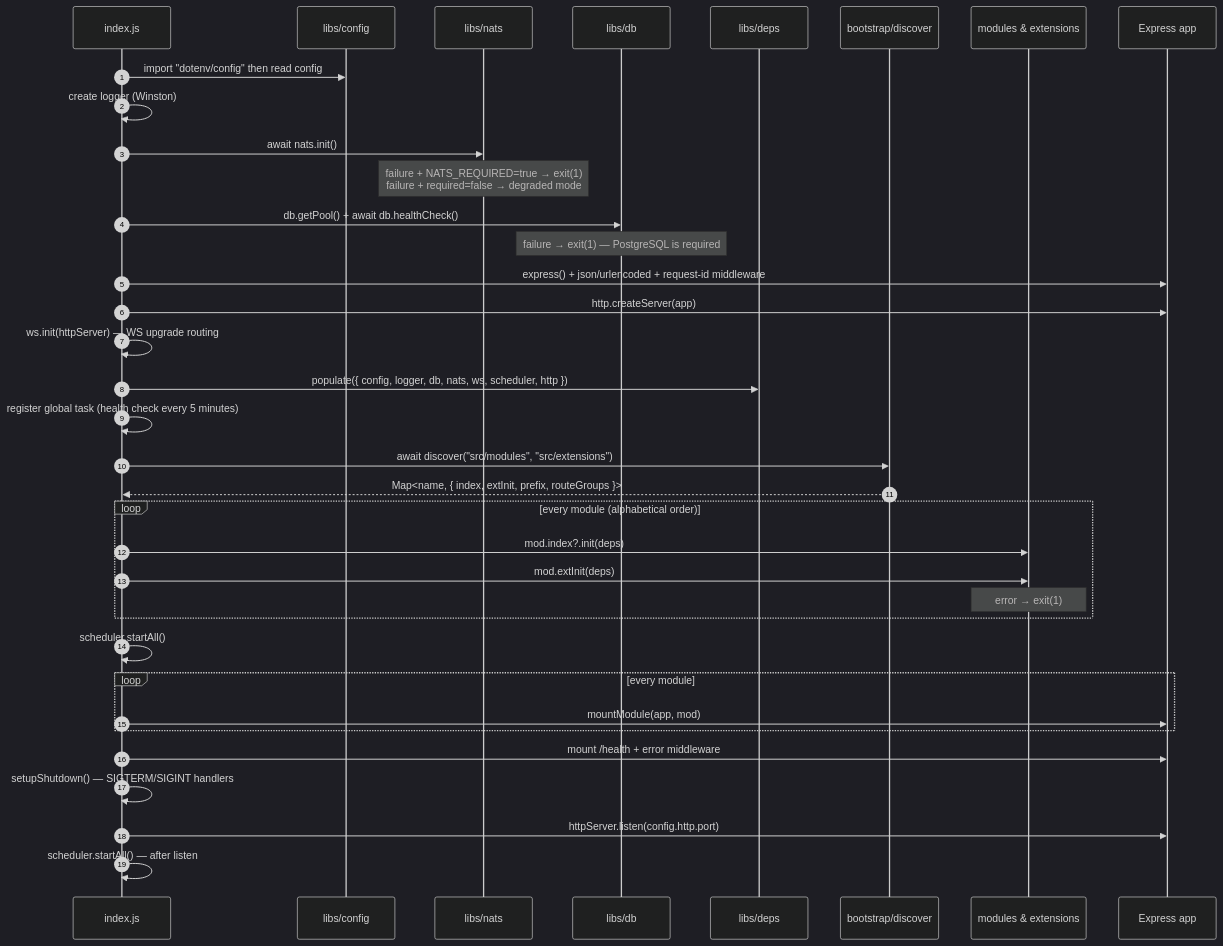
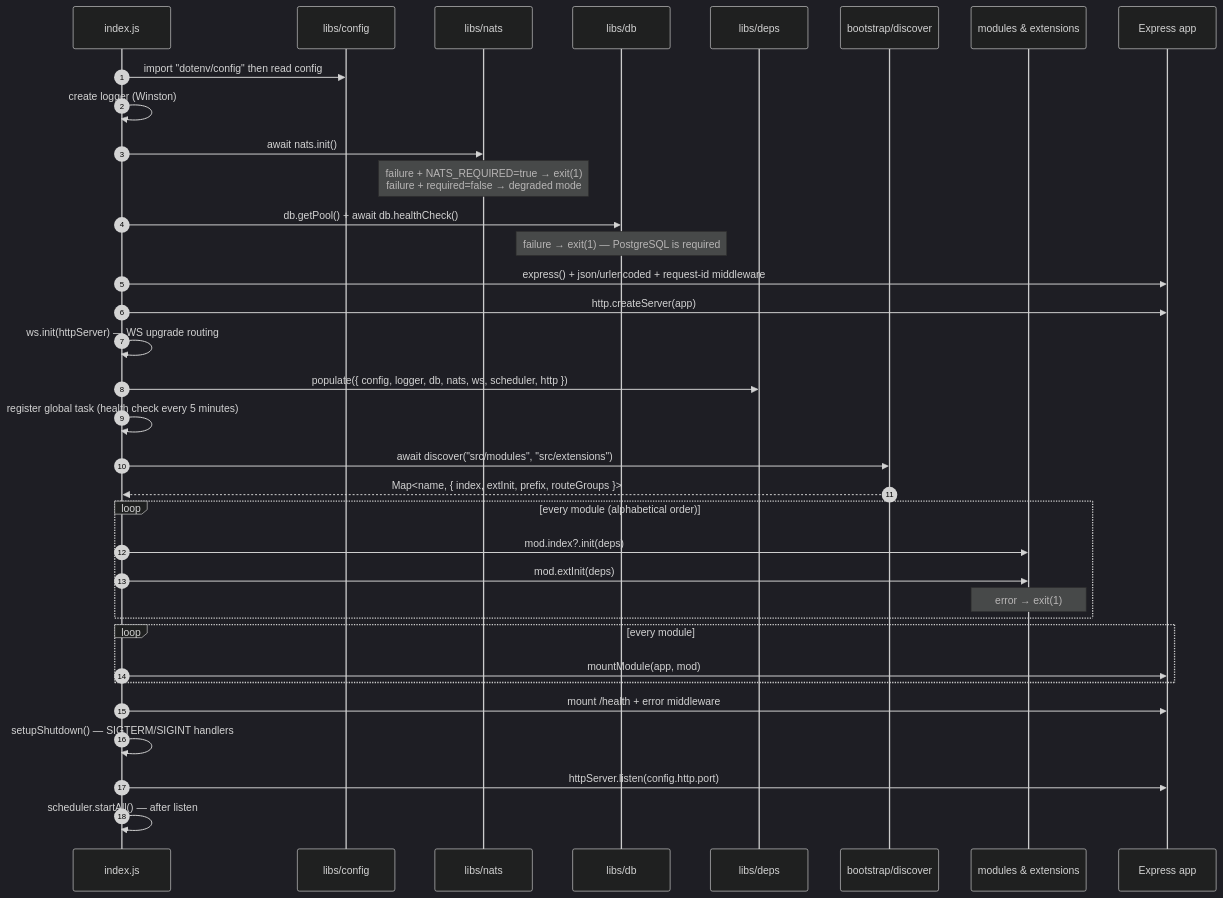
One commit to satriolangit/express-modular-sample changed the first of 7 diagrams in docs/en/ARCHITECTURE.md. Above: the diagram before and after it, drawn with Mermaid (dark theme). The commit also changed other lines of this file and 7 other files, not shown here.

````diff
--- a/docs/en/ARCHITECTURE.md
+++ b/docs/en/ARCHITECTURE.md
@@ -136,39 +136,38 @@
 ```mermaid
 sequenceDiagram
     autonumber
     participant IX as index.js
     participant CFG as libs/config
     participant NATS as libs/nats
     participant DB as libs/db
     participant DEPS as libs/deps
     participant DISC as bootstrap/discover
     participant MOD as modules & extensions
     participant APP as Express app
 
     IX->>CFG: import "dotenv/config" then read config
     IX->>IX: create logger (Winston)
     IX->>NATS: await nats.init()
     Note over NATS: failure + NATS_REQUIRED=true → exit(1)<br/>failure + required=false → degraded mode
     IX->>DB: db.getPool() + await db.healthCheck()
     Note over DB: failure → exit(1) — PostgreSQL is required
     IX->>APP: express() + json/urlencoded + request-id middleware
     IX->>APP: http.createServer(app)
     IX->>IX: ws.init(httpServer) — WS upgrade routing
     IX->>DEPS: populate({ config, logger, db, nats, ws, scheduler, http })
     IX->>IX: register global task (health check every 5 minutes)
     IX->>DISC: await discover("src/modules", "src/extensions")
     DISC-->>IX: Map<name, { index, extInit, prefix, routeGroups }>
     loop every module (alphabetical order)
         IX->>MOD: mod.index?.init(deps)
         IX->>MOD: mod.extInit(deps)
         Note over MOD: error → exit(1)
     end
-    IX->>IX: scheduler.startAll()
     loop every module
         IX->>APP: mountModule(app, mod)
     end
     IX->>APP: mount /health + error middleware
     IX->>IX: setupShutdown() — SIGTERM/SIGINT handlers
     IX->>APP: httpServer.listen(config.http.port)
     IX->>IX: scheduler.startAll() — after listen
 ```
````
